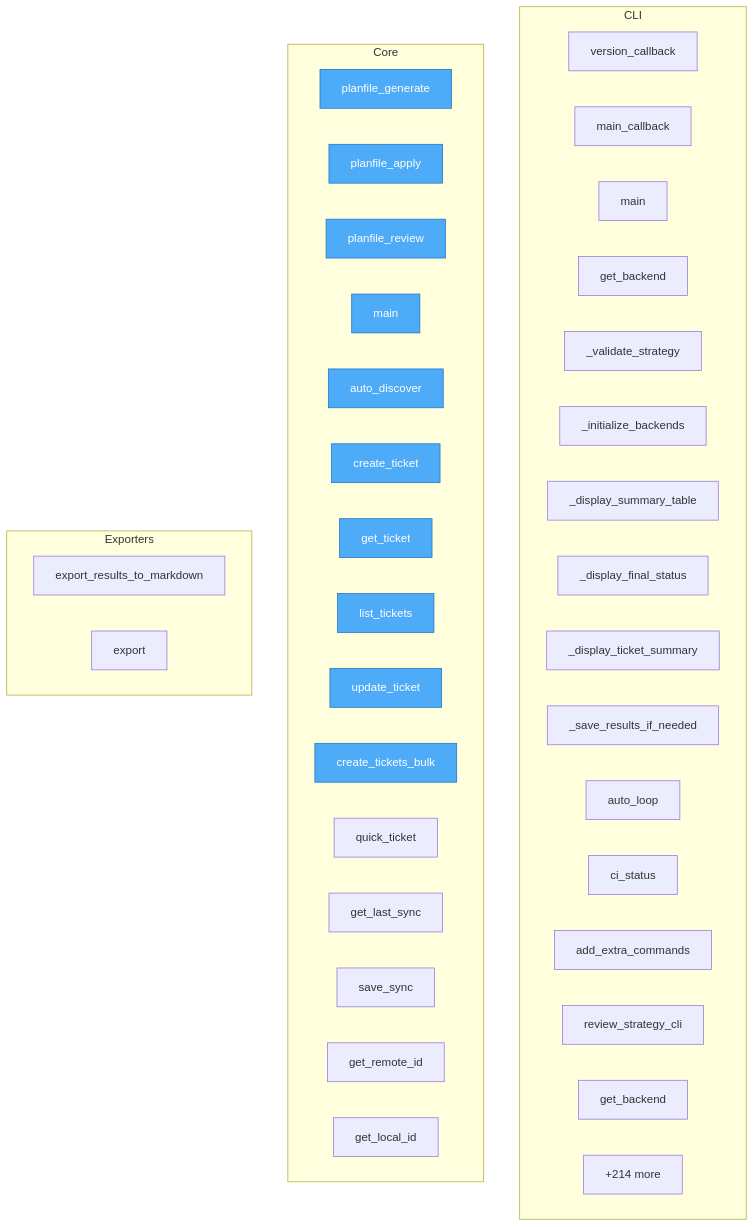
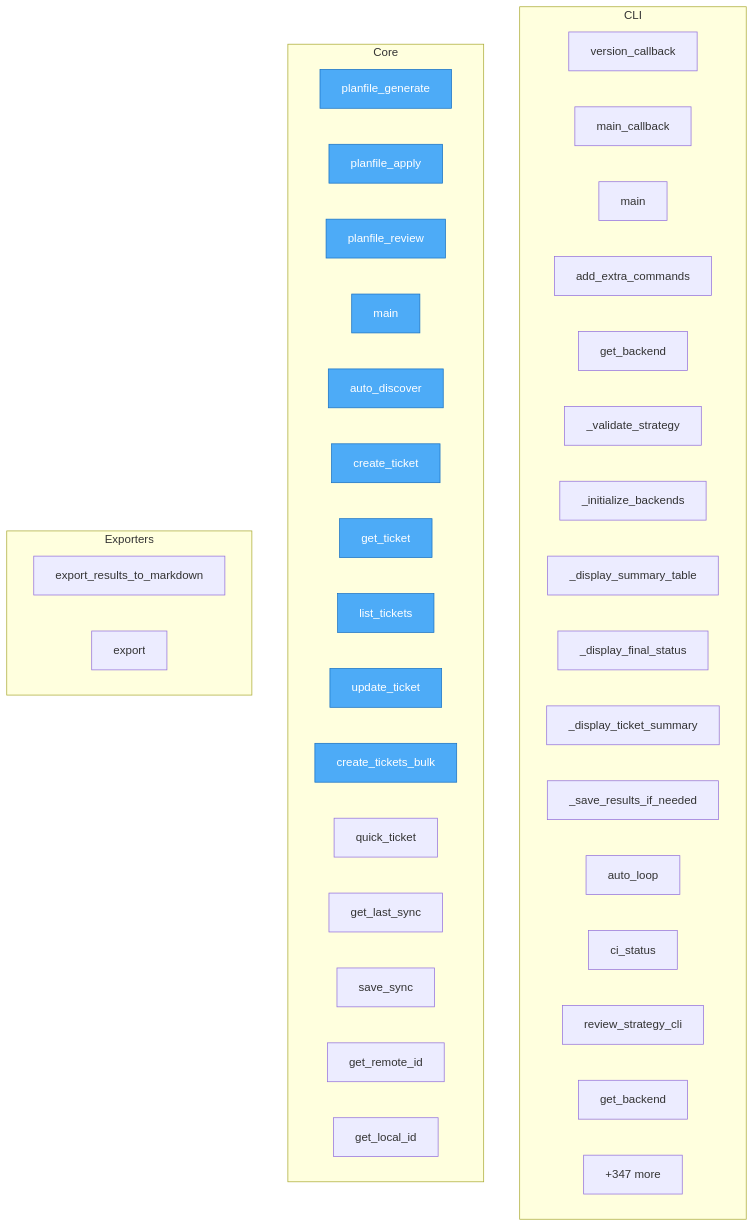
One commit to semcod/planfile changed the diagram in project/flow.mmd. Above: the diagram before and after it, drawn with Mermaid. The commit also changed 27 other files, not shown here.

```diff
--- a/project/flow.mmd
+++ b/project/flow.mmd
@@ -1,49 +1,49 @@
 flowchart TD
 
     %% Entry points (blue)
     classDef entry fill:#4dabf7,stroke:#1971c2,color:#fff
 
     subgraph CLI
         planfile__cli__commands__version_callback["version_callback"]
         planfile__cli__commands__main_callback["main_callback"]
         planfile__cli__commands__main["main"]
+        planfile__cli__extra_commands__add_extra_commands["add_extra_commands"]
         planfile__cli__auto_loop__get_backend["get_backend"]
         planfile__cli__auto_loop___validate_strategy["_validate_strategy"]
         planfile__cli__auto_loop___initialize_backends["_initialize_backends"]
         planfile__cli__auto_loop___display_summary_table["_display_summary_table"]
         planfile__cli__auto_loop___display_final_status["_display_final_status"]
         planfile__cli__auto_loop___display_ticket_summary["_display_ticket_summary"]
         planfile__cli__auto_loop___save_results_if_needed["_save_results_if_needed"]
         planfile__cli__auto_loop__auto_loop["auto_loop"]
         planfile__cli__auto_loop__ci_status["ci_status"]
-        planfile__cli__extra_commands__add_extra_commands["add_extra_commands"]
         planfile__cli__cmd__cmd_review__review_strategy_cli["review_strategy_cli"]
         planfile__cli__cmd__cmd_utils__get_backend["get_backend"]
-        ...["+26 more"]
+        ...["+30 more"]
     end
 
     subgraph Core
         mcp_server_example__planfile_generate["planfile_generate"]
         mcp_server_example__planfile_apply["planfile_apply"]
         mcp_server_example__planfile_review["planfile_review"]
         mcp_server_example__main["main"]
         planfile__Planfile__auto_discover["auto_discover"]
         planfile__Planfile__create_ticket["create_ticket"]
         planfile__Planfile__get_ticket["get_ticket"]
         planfile__Planfile__list_tickets["list_tickets"]
         planfile__Planfile__update_ticket["update_ticket"]
         planfile__Planfile__create_tickets_bulk["create_tickets_bulk"]
         planfile__quick_ticket["quick_ticket"]
         planfile__sync__state__SyncState__get_last_sync["get_last_sync"]
         planfile__sync__state__SyncState__save_sync["save_sync"]
         planfile__sync__state__SyncState__get_remote_id["get_remote_id"]
         planfile__sync__state__SyncState__get_local_id["get_local_id"]
-        ...["+214 more"]
+        ...["+347 more"]
     end
 
     subgraph Exporters
         planfile__loaders__cli_loader__export_results_to_markdown["export_results_to_markdown"]
         planfile__core__models__Strategy__export["export"]
     end
 
     class mcp_server_example__planfile_generate,mcp_server_example__planfile_apply,mcp_server_example__planfile_review,mcp_server_example__main,planfile__Planfile__auto_discover,planfile__Planfile__create_ticket,planfile__Planfile__get_ticket,planfile__Planfile__list_tickets,planfile__Planfile__update_ticket,planfile__Planfile__create_tickets_bulk entry
```
